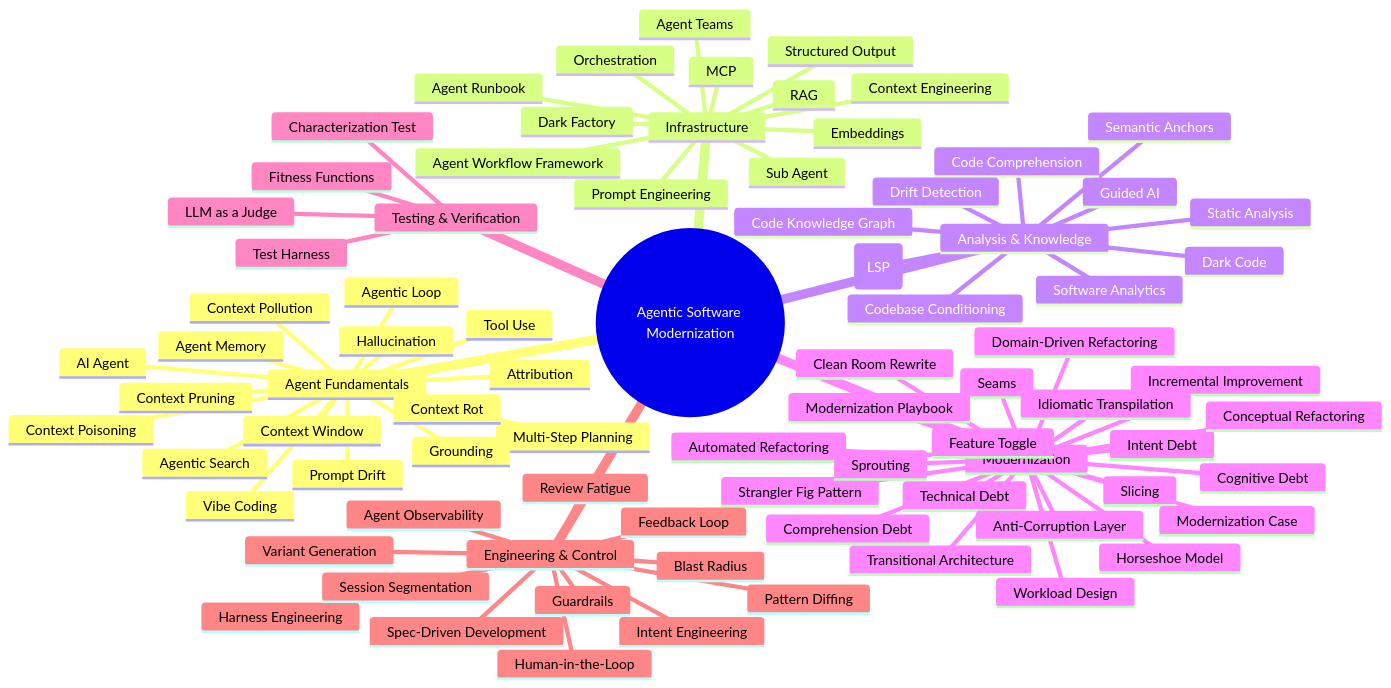
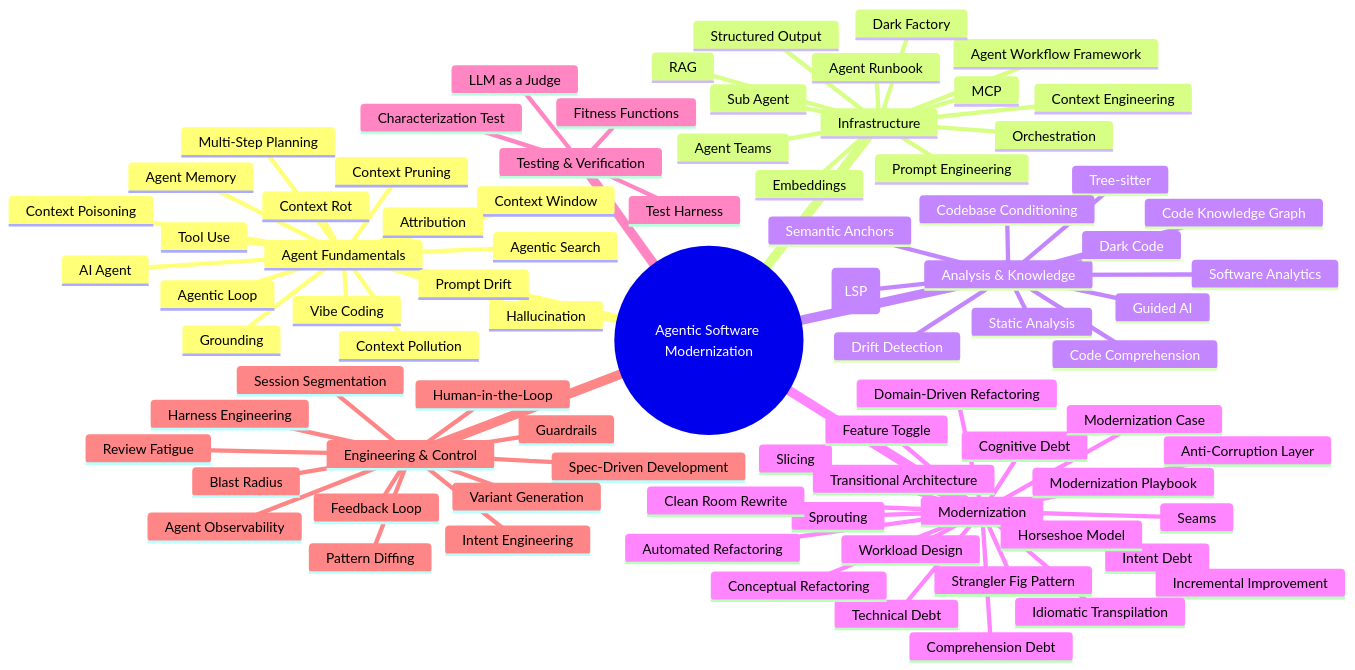
One commit to feststelltaste/asm-glossary changed the seventh of 7 diagrams in CONCEPT_MAP.md. Above: the diagram before and after it, drawn with Mermaid. The commit also changed 15 other files, not shown here.

Commit message:
Add glossary term: Tree-sitter

```diff
--- a/CONCEPT_MAP.md
+++ b/CONCEPT_MAP.md
@@ -244,6 +244,7 @@
       Code Knowledge Graph
       Static Analysis
       Language Server Protocol (LSP)
+      Tree-sitter
       Drift Detection
       Guided AI
       Codebase Conditioning
```
